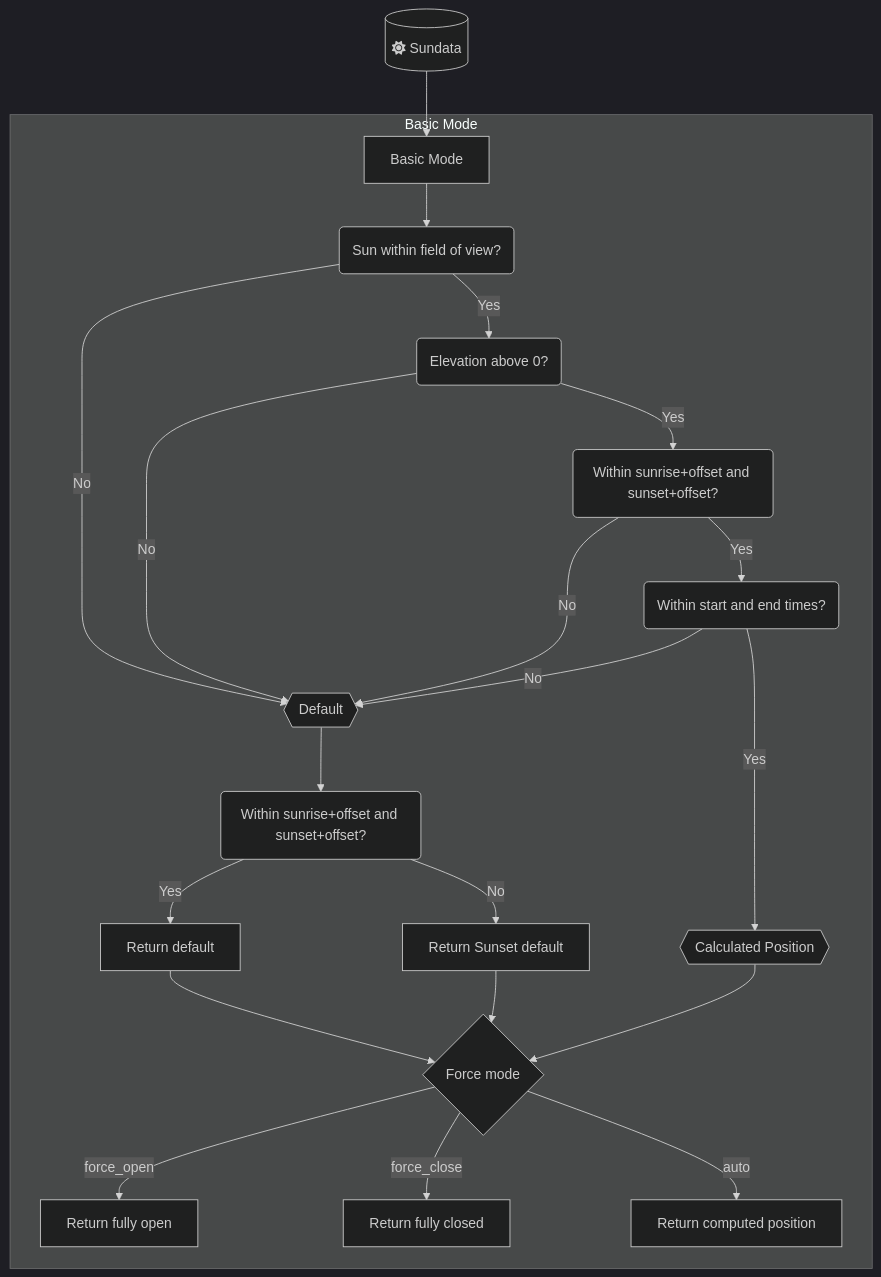
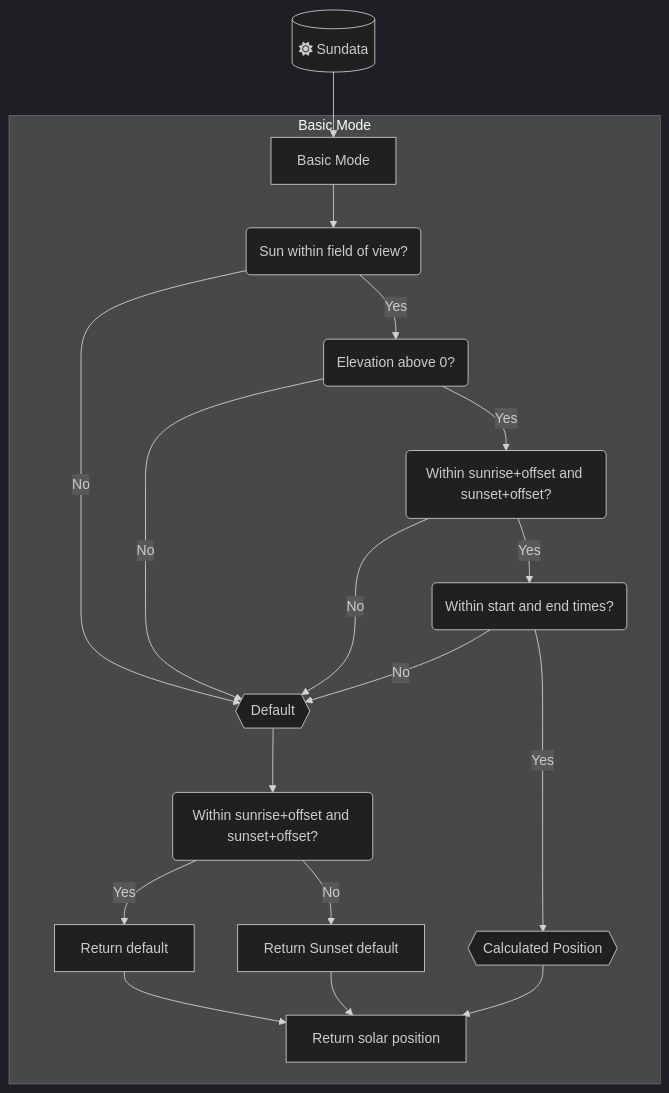
Before and after one commit to travisp/adaptive-cover: the diagram in README.md, drawn with Mermaid (dark theme). The commit also changed other lines of this file and 16 other files, not shown here.

````diff
--- a/README.md
+++ b/README.md
@@ -82,29 +82,26 @@
 ```mermaid
   graph TD
 
   A[("fa:fa-sun Sundata")]
   A --> B["Basic Mode"]
   subgraph "Basic Mode"
       B --> BA("Sun within field of view?")
 
       BA --> |No| BC{{Default}}
       BC --> BD("Within sunrise+offset and sunset+offset?")
       BD --> |Yes| BE["Return default"]
       BD --> |No| BF["Return Sunset default"]
 
       BA --> |Yes| BG("Elevation above 0?")
       BG --> |No| BC
       BG --> |Yes| BH("Within sunrise+offset and sunset+offset?")
       BH --> |No| BC
       BH --> |Yes| BI("Within start and end times?")
       BI --> |No| BC
       BI --> |Yes| BJ{{"Calculated Position"}}
 
-      BE --> BM{"Force mode"}
-      BF --> BM
-      BJ --> BM
-      BM --> |"force_open"| BN["Return fully open"]
-      BM --> |"force_close"| BO["Return fully closed"]
-      BM --> |auto| BP["Return computed position"]
+      BE --> BP["Return solar position"]
+      BF --> BP
+      BJ --> BP
   end
 ```
````
